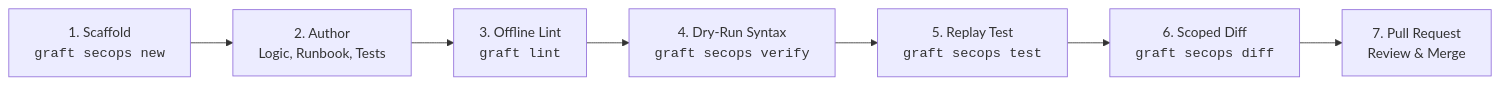
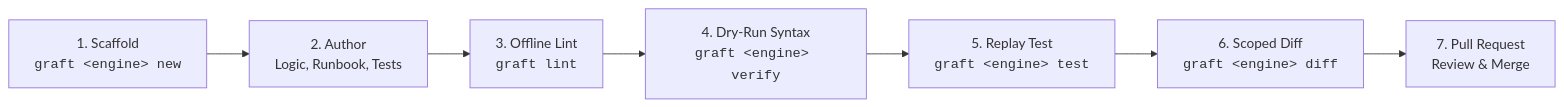
The diagram in docs/analysts/README.md (lopes/graft), drawn with Mermaid before and after one commit. The commit also changed other lines of this file and 37 other files, not shown here.

````diff
--- a/docs/analysts/README.md
+++ b/docs/analysts/README.md
@@ -11,9 +11,9 @@
 ```mermaid
 flowchart LR
-    SCAFFOLD["1. Scaffold<br/><code>graft secops new</code>"] --> AUTHOR["2. Author<br/>Logic, Runbook, Tests"]
+    SCAFFOLD["1. Scaffold<br/><code>graft &lt;engine&gt; new</code>"] --> AUTHOR["2. Author<br/>Logic, Runbook, Tests"]
     AUTHOR --> LINT["3. Offline Lint<br/><code>graft lint</code>"]
-    LINT --> VERIFY["4. Dry-Run Syntax<br/><code>graft secops verify</code>"]
-    VERIFY --> TEST["5. Replay Test<br/><code>graft secops test</code>"]
-    TEST --> DIFF["6. Scoped Diff<br/><code>graft secops diff</code>"]
+    LINT --> VERIFY["4. Dry-Run Syntax<br/><code>graft &lt;engine&gt; verify</code>"]
+    VERIFY --> TEST["5. Replay Test<br/><code>graft &lt;engine&gt; test</code>"]
+    TEST --> DIFF["6. Scoped Diff<br/><code>graft &lt;engine&gt; diff</code>"]
     DIFF --> PR["7. Pull Request<br/>Review & Merge"]
 ```
````
